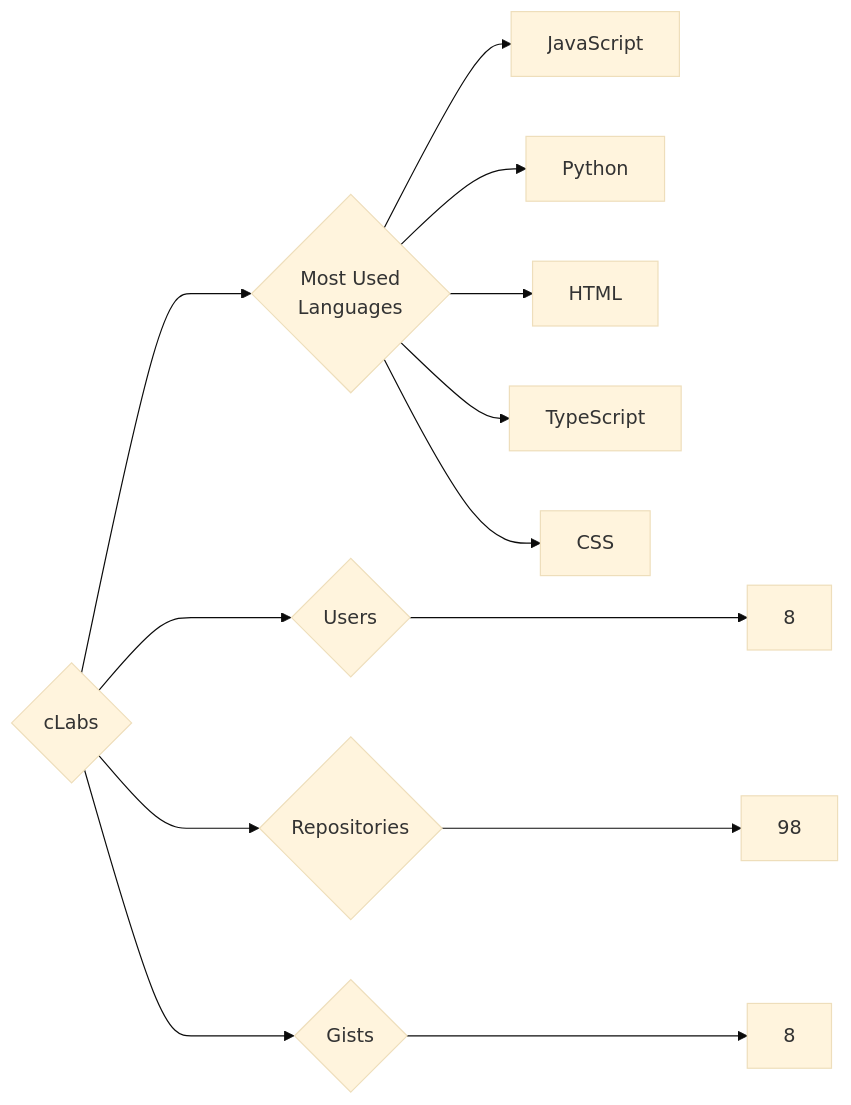
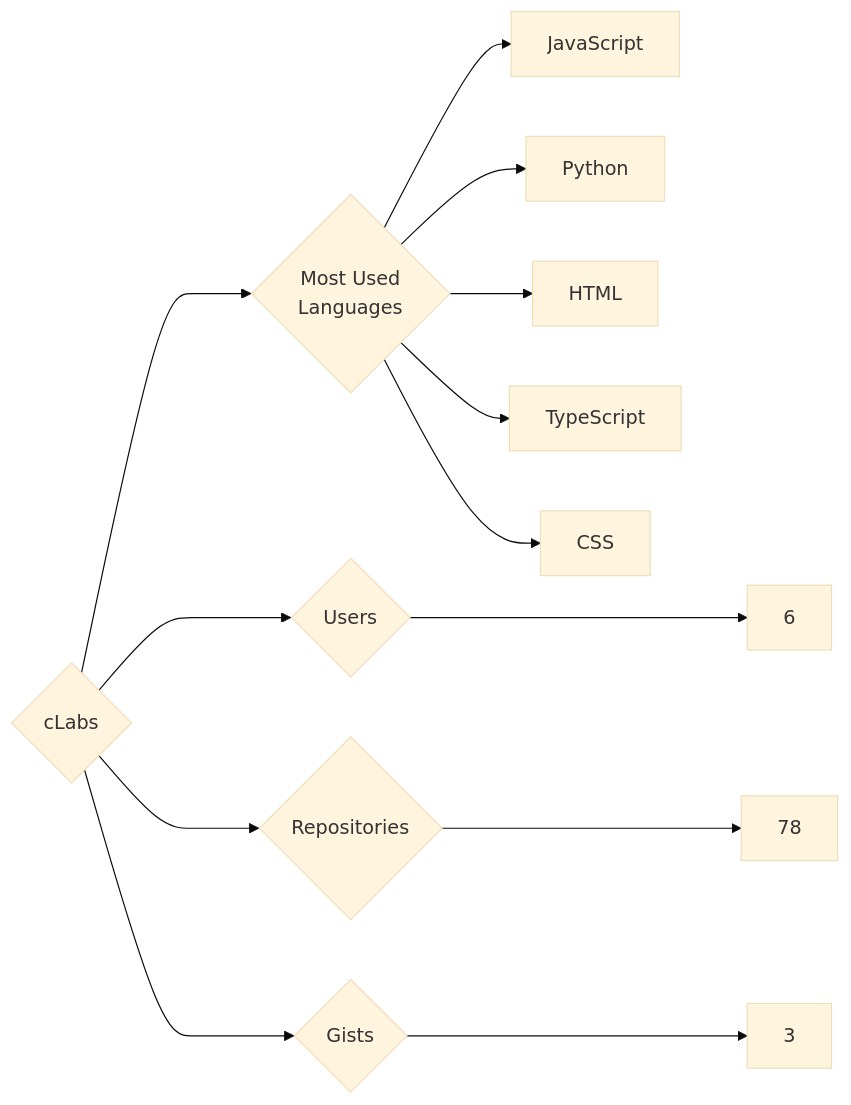
The diagram in targets/cLabs/README.md (trickest/insiders), drawn with Mermaid (base theme) before and after one commit. The commit also changed 1088 other files, not shown here.

````diff
--- a/targets/cLabs/README.md
+++ b/targets/cLabs/README.md
@@ -3,13 +3,13 @@
 ```mermaid
 graph LR
 COMPANY_NAME{cLabs}
-COMPANY_NAME ---> U{Users} ---> UN[8]
-COMPANY_NAME ---> R{Repositories} ---> RN[98]
-COMPANY_NAME ---> G{Gists} ---> GN[8]
+COMPANY_NAME ---> U{Users} ---> UN[6]
+COMPANY_NAME ---> R{Repositories} ---> RN[78]
+COMPANY_NAME ---> G{Gists} ---> GN[3]
 COMPANY_NAME ---> ML{Most Used<br>Languages}
 ML --> JavaScript[JavaScript]
 ML --> Python[Python]
 ML --> HTML[HTML]
 ML --> TypeScript[TypeScript]
 ML --> CSS[CSS]
 ```
````
